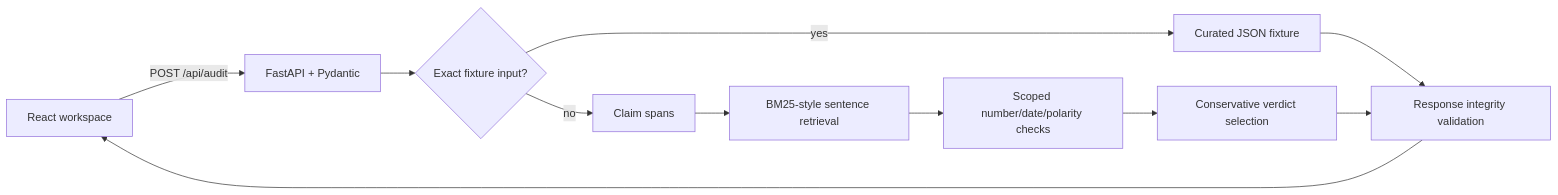
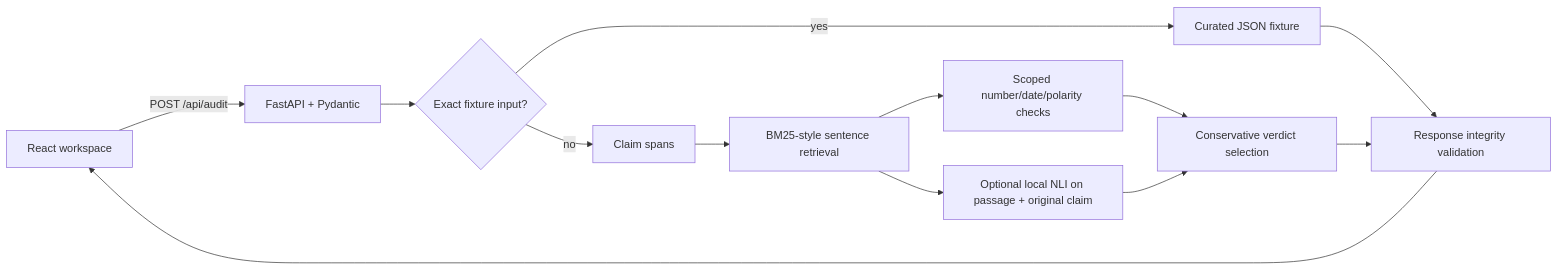
The diagram in docs/ARCHITECTURE.md (harryfernando10/64Bit_college_round), drawn with Mermaid before and after one commit. The commit also changed other lines of this file and 12 other files, not shown here.

Commit message:
Add optional NLI verification

````diff
--- a/docs/ARCHITECTURE.md
+++ b/docs/ARCHITECTURE.md
@@ -5,13 +5,15 @@
 ```mermaid
 flowchart LR
   UI[React workspace] -->|POST /api/audit| API[FastAPI + Pydantic]
   API --> S{Exact fixture input?}
   S -->|yes| F[Curated JSON fixture]
   S -->|no| C[Claim spans]
   C --> R[BM25-style sentence retrieval]
   R --> D[Scoped number/date/polarity checks]
+  R --> N[Optional local NLI on passage + original claim]
   D --> V[Conservative verdict selection]
+  N --> V
   F --> I[Response integrity validation]
   V --> I
   I --> UI
 ```
````
